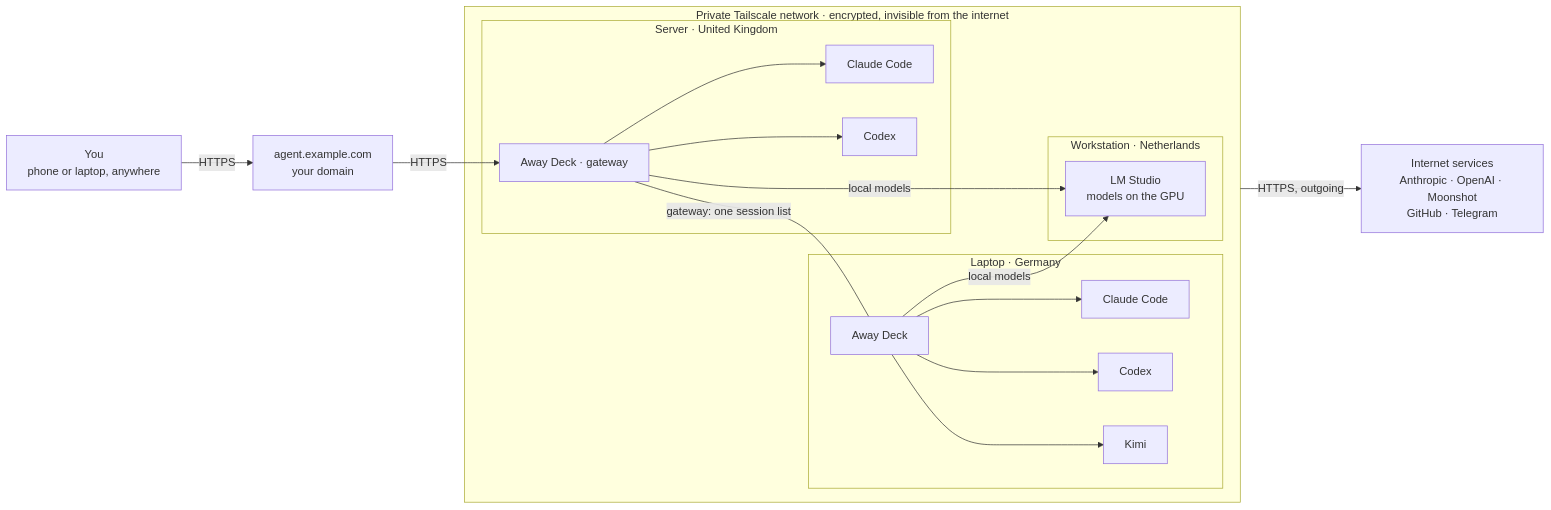
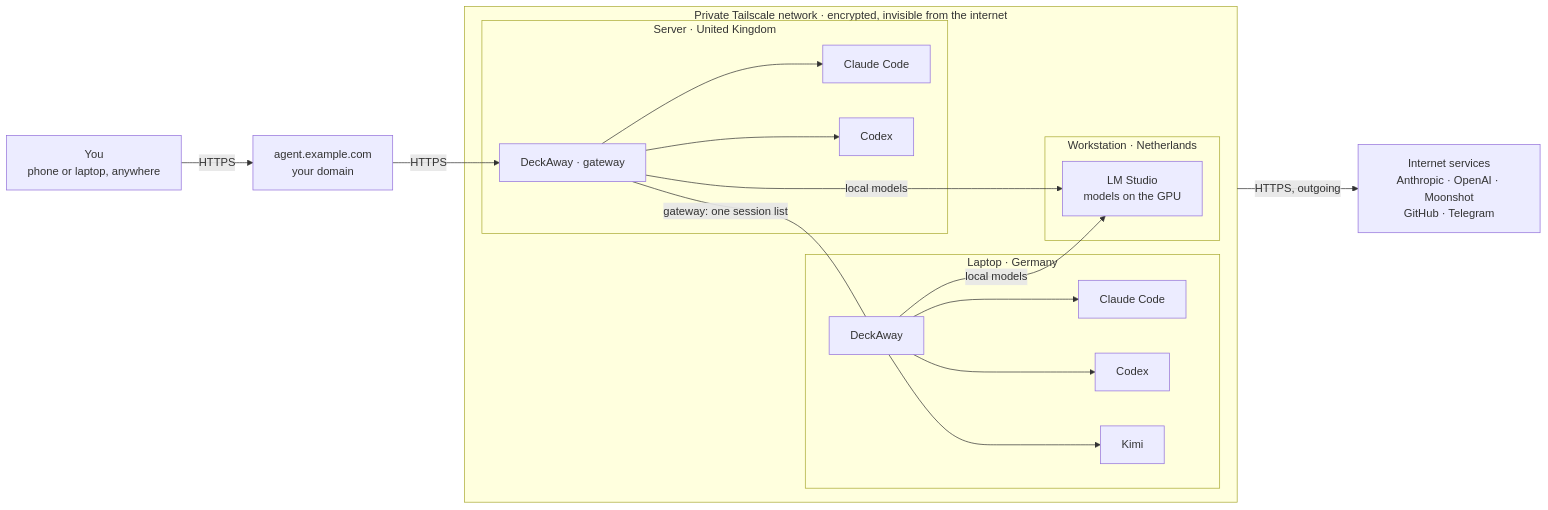
One commit to matacoder/agent-deck changed the diagram in README.md. Above: the diagram before and after it, drawn with Mermaid. The commit also changed other lines of this file and 63 other files, not shown here.

First line of the commit message:
Away Deck is renamed DeckAway; pictures on the session screen no longer blink on every redraw

````diff
--- a/README.md
+++ b/README.md
@@ -22,31 +22,31 @@
 ```mermaid
 flowchart LR
   U["You<br/>phone or laptop, anywhere"] -- "HTTPS" --> D["agent.example.com<br/>your domain"]
   subgraph NET["Private Tailscale network · encrypted, invisible from the internet"]
     subgraph C1["Server · United Kingdom"]
-      G["Away Deck · gateway"]
+      G["DeckAway · gateway"]
       G1["Claude Code"]
       G2["Codex"]
     end
     subgraph C2["Laptop · Germany"]
-      H["Away Deck"]
+      H["DeckAway"]
       H1["Claude Code"]
       H2["Codex"]
       H3["Kimi"]
     end
     subgraph C3["Workstation · Netherlands"]
       L["LM Studio<br/>models on the GPU"]
     end
   end
   S["Internet services<br/>Anthropic · OpenAI · Moonshot<br/>GitHub · Telegram"]
   D -- "HTTPS" --> G
   G -- "gateway: one session list" --- H
   G --> G1
   G --> G2
   H --> H1
   H --> H2
   H --> H3
   G -- "local models" --> L
   H -- "local models" --> L
   NET -- "HTTPS, outgoing" --> S
 ```
````
